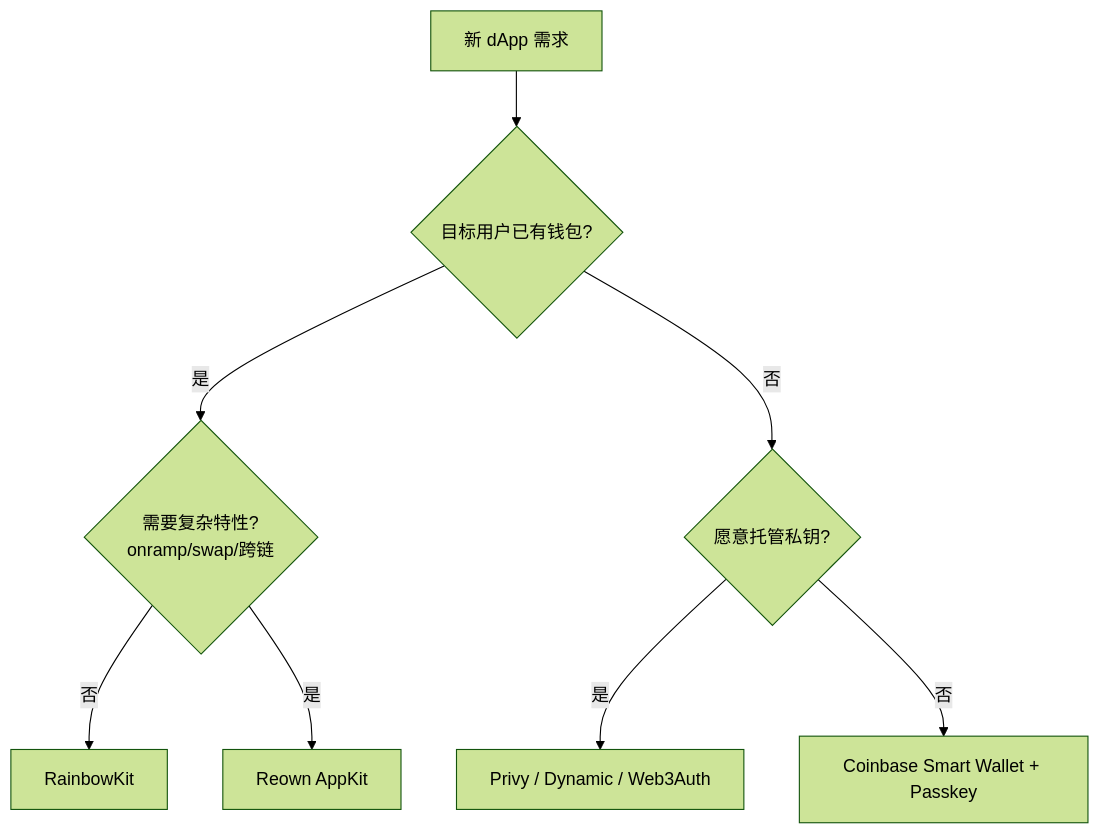
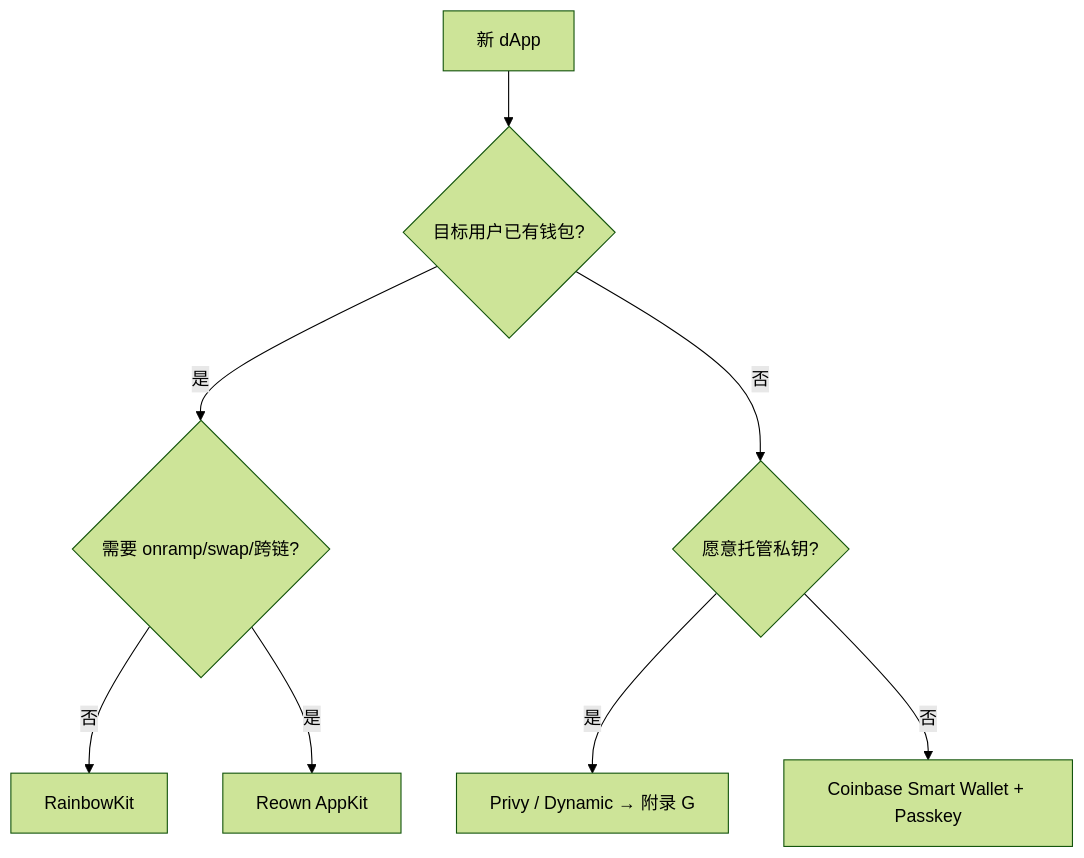
One commit to ChuwuYo/misc-files changed the first of 5 diagrams in web3-engineer-guide/10-前端与账户抽象/README.md. Above: the diagram before and after it, drawn with Mermaid (forest theme). The commit also changed other lines of this file and 211 other files, not shown here.

````diff
--- a/web3-engineer-guide/10-前端与账户抽象/README.md
+++ b/web3-engineer-guide/10-前端与账户抽象/README.md
@@ -697,10 +294,10 @@
 ```mermaid
 flowchart TD
-  A[新 dApp 需求] --> B{目标用户已有钱包?}
-  B -- 是 --> C{需要复杂特性?<br/>onramp/swap/跨链}
+  A[新 dApp] --> B{目标用户已有钱包?}
+  B -- 是 --> C{需要 onramp/swap/跨链?}
   B -- 否 --> D{愿意托管私钥?}
   C -- 否 --> E[RainbowKit]
   C -- 是 --> F[Reown AppKit]
-  D -- 是 --> G[Privy / Dynamic / Web3Auth]
+  D -- 是 --> G[Privy / Dynamic → 附录 G]
   D -- 否 --> H[Coinbase Smart Wallet + Passkey]
 ```
````
